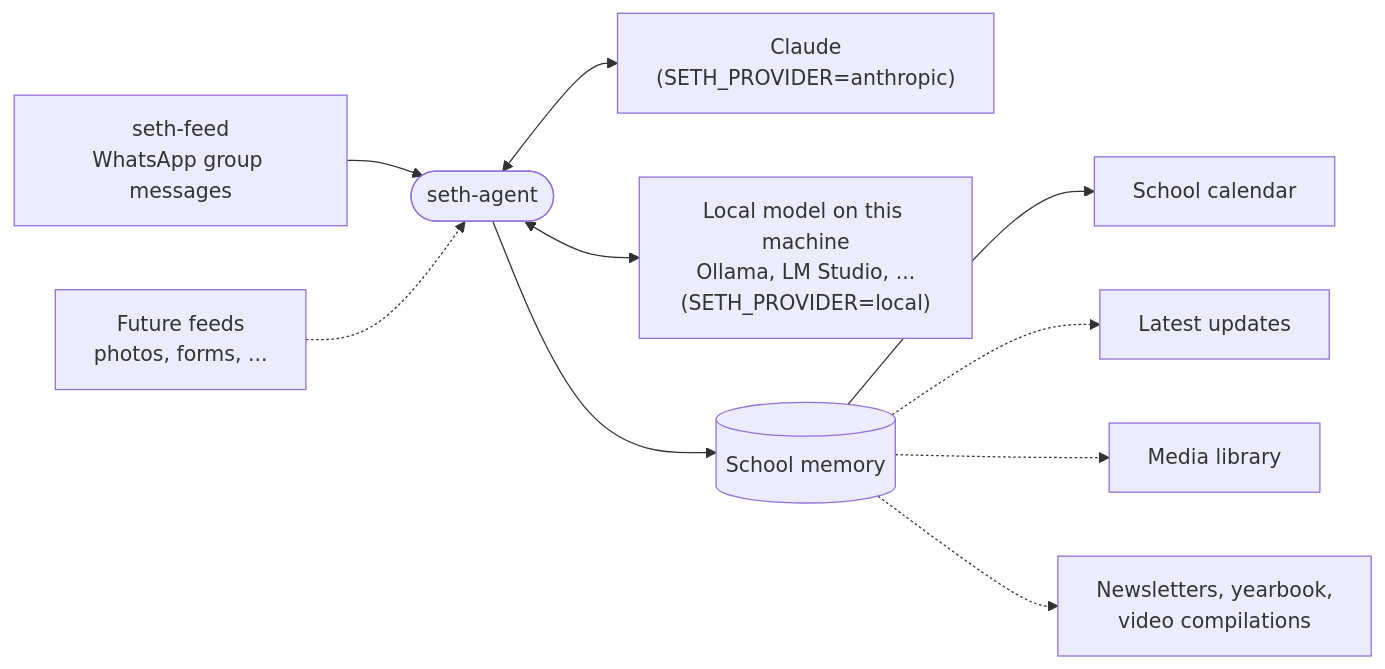
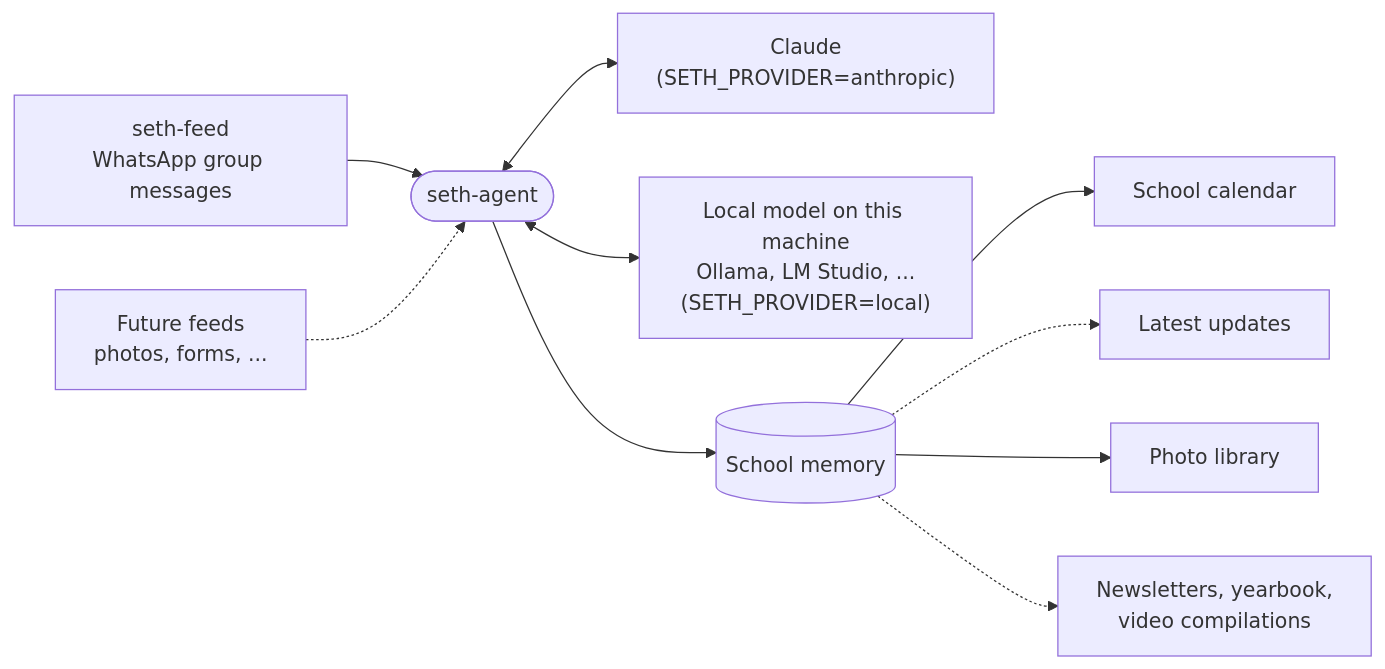
Before and after one commit to tongtianqi777/seth-agent: the diagram in README.md, drawn with Mermaid. The commit also changed other lines of this file and 19 other files, not shown here.

````diff
--- a/README.md
+++ b/README.md
@@ -21,12 +21,12 @@
 ```mermaid
 flowchart LR
     F1["seth-feed<br/>WhatsApp group messages"] --> A
     F2["Future feeds<br/>photos, forms, ..."] -.-> A
     A(["seth-agent"]) <--> C["Claude<br/>(SETH_PROVIDER=anthropic)"]
     A <--> L["Local model on this machine<br/>Ollama, LM Studio, ...<br/>(SETH_PROVIDER=local)"]
     A --> M[("School memory")]
     M --> CAL["School calendar"]
     M -.-> UPD["Latest updates"]
-    M -.-> MED["Media library"]
+    M --> MED["Photo library"]
     M -.-> OUT["Newsletters, yearbook,<br/>video compilations"]
 ```
````
